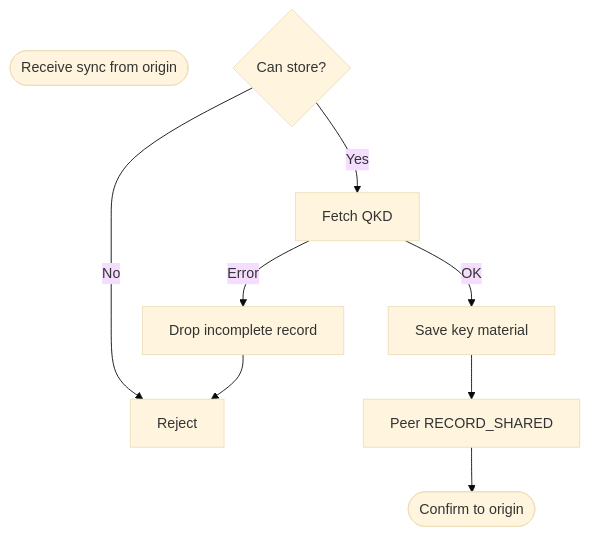
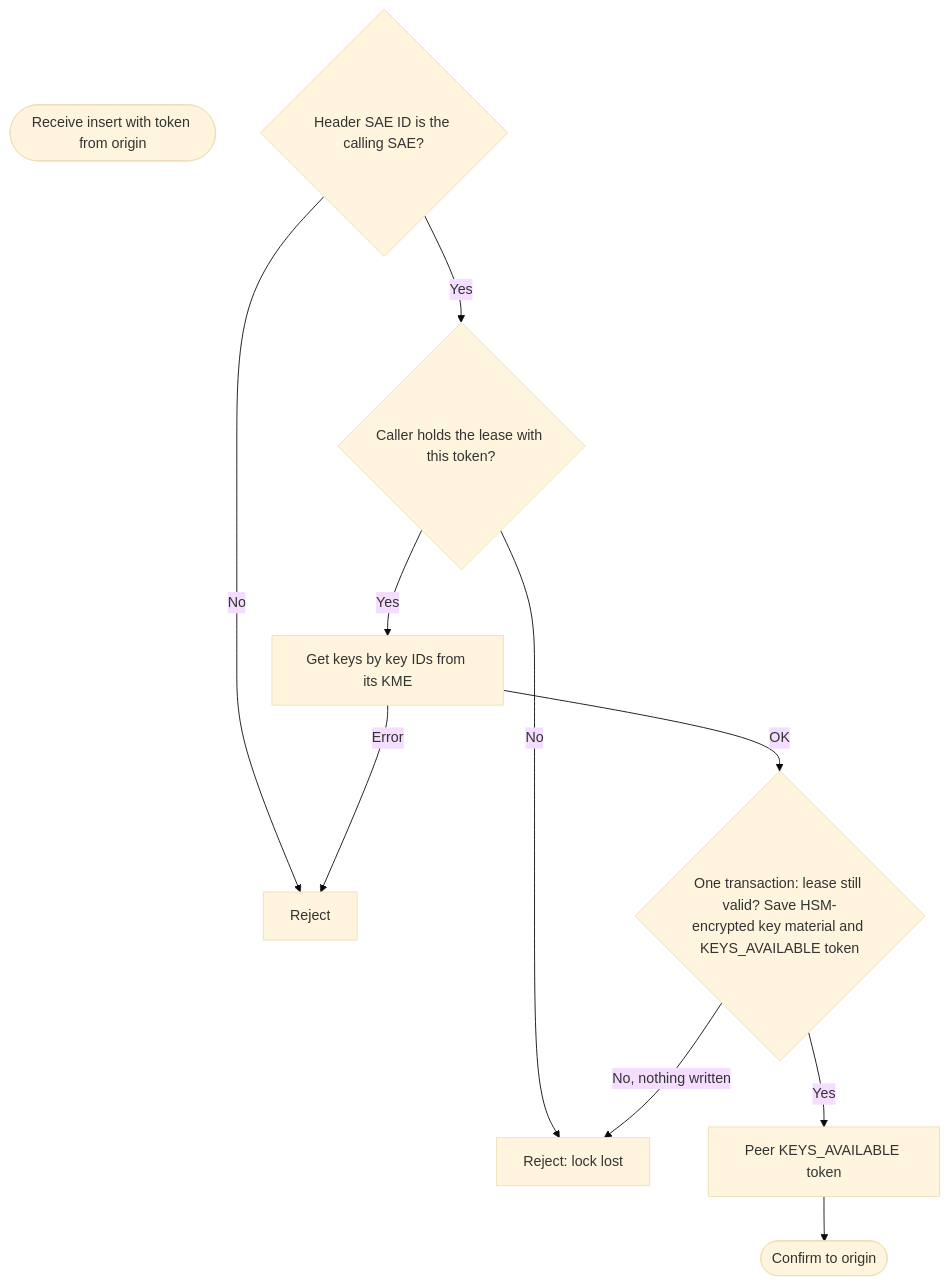
Before and after one commit to vonasmic/one-time-pad-keychain: the eighth of 9 diagrams in JAVA_APPS/docs/FLOWCHARTS.md, drawn with Mermaid (base theme). The commit also changed other lines of this file and 310 other files, not shown here.

Commit message:
sae: security analysis and its reflective changes

````diff
--- a/JAVA_APPS/docs/FLOWCHARTS.md
+++ b/JAVA_APPS/docs/FLOWCHARTS.md
@@ -231,12 +311,14 @@
 ```mermaid
 flowchart TD
-    Start([Receive sync from origin])
-    CanStore{Can store?}
-    CanStore -->|No| Reject[Reject]
-    CanStore -->|Yes| GetKeys[Fetch QKD]
-    GetKeys -->|Error| Cleanup[Drop incomplete record]
-    Cleanup --> Reject
-    GetKeys -->|OK| Save[Save key material]
-    Save --> Avail[Peer RECORD_SHARED]
+    Start([Receive insert with token from origin])
+    Caller{Header SAE ID is the calling SAE?}
+    Caller -->|No| Reject[Reject]
+    Caller -->|Yes| Lease{Caller holds the lease with this token?}
+    Lease -->|No| Lost[Reject: lock lost]
+    Lease -->|Yes| GetKeys[Get keys by key IDs from its KME]
+    GetKeys -->|Error| Reject
+    GetKeys -->|OK| Save{"One transaction: lease still valid? Save HSM-encrypted key material and KEYS_AVAILABLE token"}
+    Save -->|No, nothing written| Lost
+    Save -->|Yes| Avail[Peer KEYS_AVAILABLE token]
     Avail --> Done([Confirm to origin])
 ```
````
